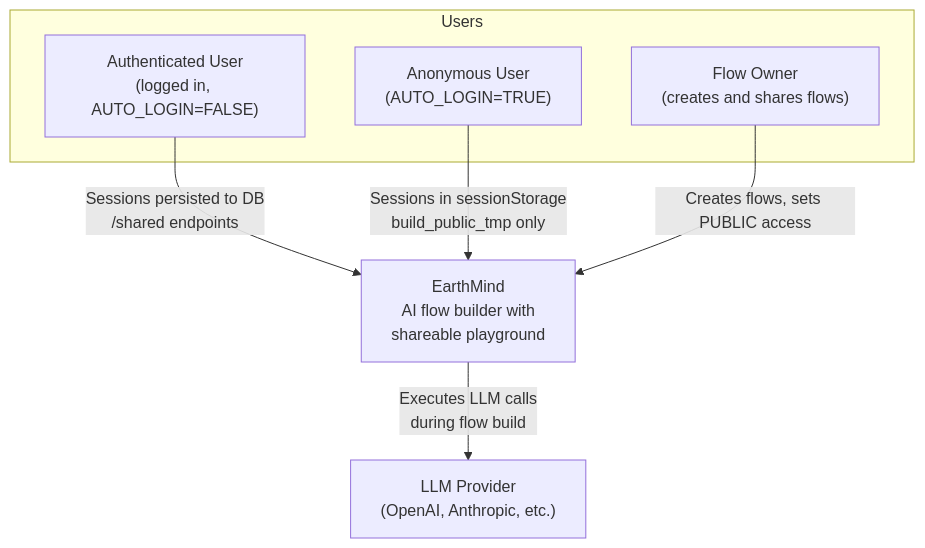
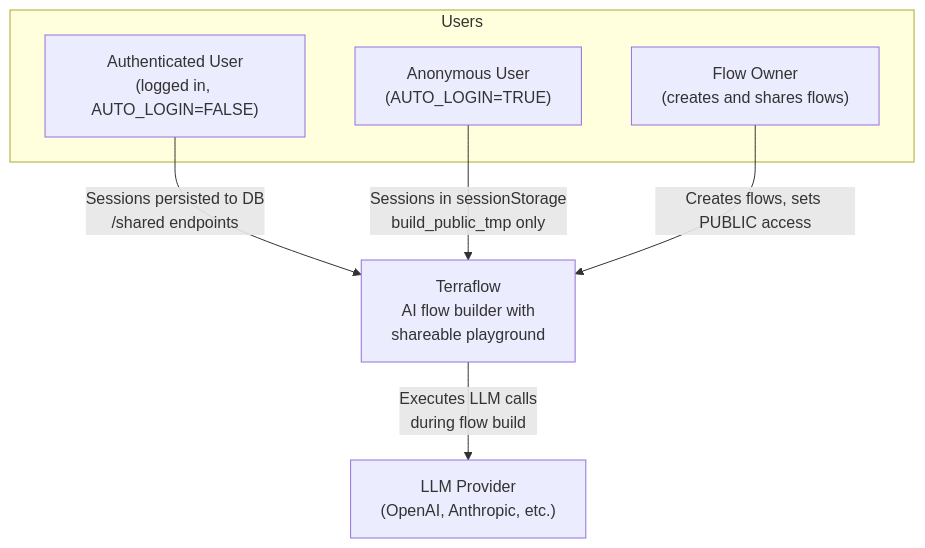
One commit to earth-flow/EarthMind changed the first of 5 diagrams in src/frontend/src/components/authorization/playgroundAuthGate/docs/shareable-playground-session-persistence.md. Above: the diagram before and after it, drawn with Mermaid. The commit also changed 3840 other files, not shown here.

First line of the commit message:
Rebrand EarthMind to Terraflow; automatic Terrabox toolkit discovery

````diff
--- a/src/frontend/src/components/authorization/playgroundAuthGate/docs/shareable-playground-session-persistence.md
+++ b/src/frontend/src/components/authorization/playgroundAuthGate/docs/shareable-playground-session-persistence.md
@@ -560,16 +560,16 @@
 ```mermaid
 graph TD
   subgraph Users
     AU["Authenticated User\n(logged in, AUTO_LOGIN=FALSE)"]
     AN["Anonymous User\n(AUTO_LOGIN=TRUE)"]
     OW["Flow Owner\n(creates and shares flows)"]
   end
 
-  LF["EarthMind\nAI flow builder with\nshareable playground"]
+  LF["Terraflow\nAI flow builder with\nshareable playground"]
   LLM["LLM Provider\n(OpenAI, Anthropic, etc.)"]
 
   AU -->|"Sessions persisted to DB\n/shared endpoints"| LF
   AN -->|"Sessions in sessionStorage\nbuild_public_tmp only"| LF
   OW -->|"Creates flows, sets PUBLIC access"| LF
   LF -->|"Executes LLM calls\nduring flow build"| LLM
 ```
````
